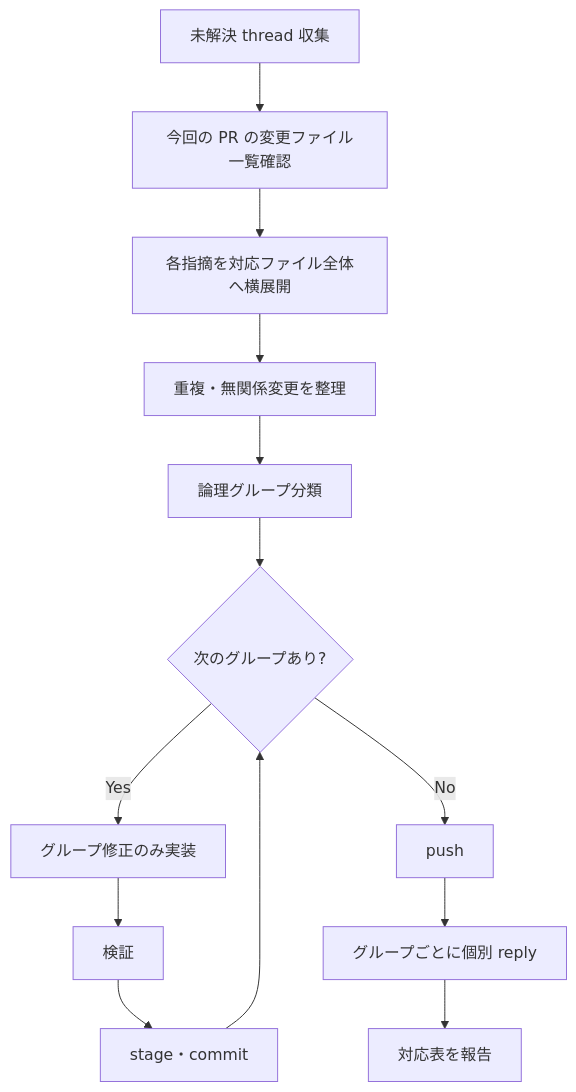
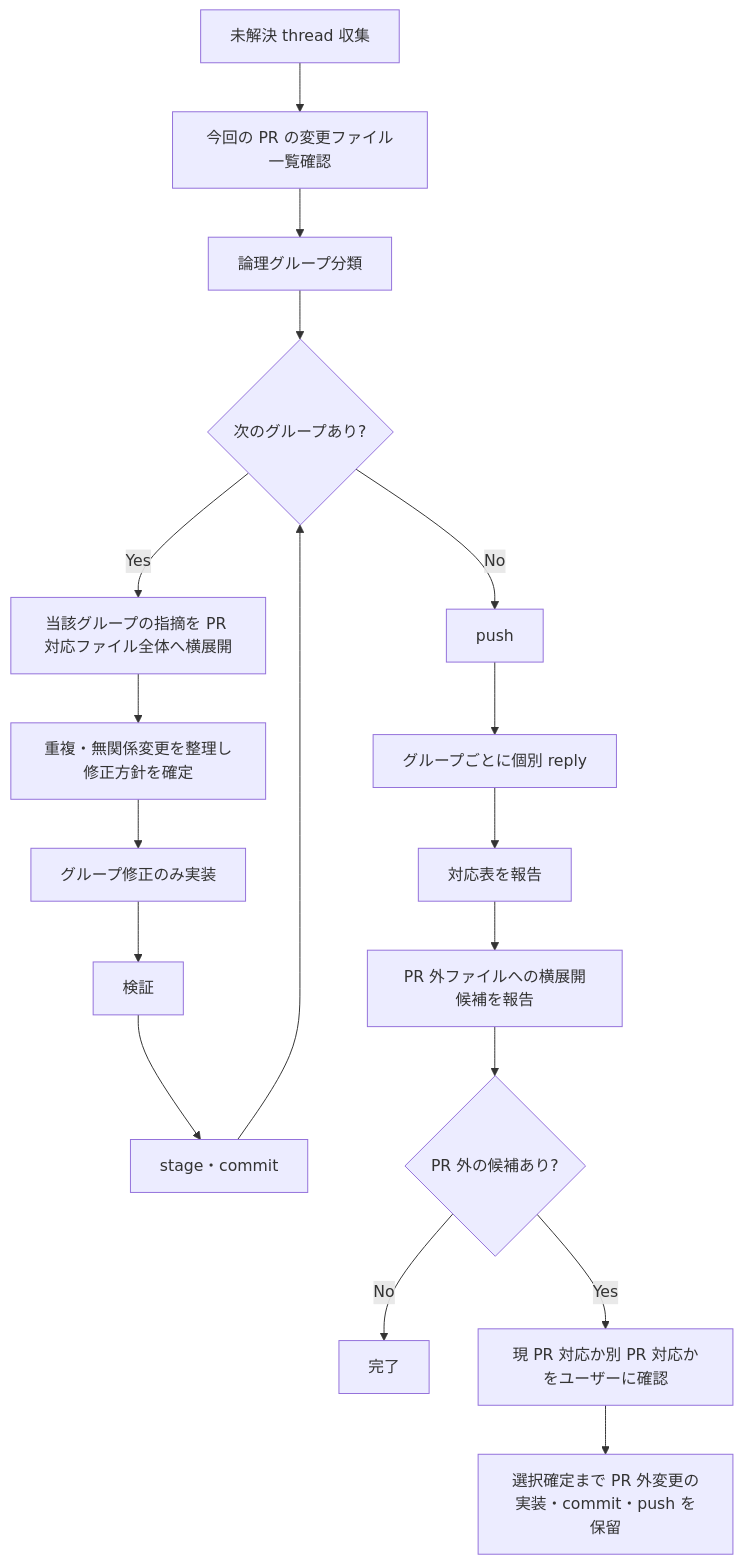
Before and after one commit to melumuccu/ai: the diagram in .agents/skills/#kf-global-commands/kf-g-command-do-pr-rev-comment/references/group-commit-reply-sequence.md, drawn with Mermaid. The commit also changed other lines of this file, not shown here.

Commit message:
chore: review > PR内外の横展開順序を分離
- 概要: PR内横展開とPR外ファイル確認の実行順序を分離

- Why: PR内の自動適用とPR外変更のユーザー判断を混同せず、未承認の変更を防ぐため

````diff
--- a/.agents/skills/#kf-global-commands/kf-g-command-do-pr-rev-comment/references/group-commit-reply-sequence.md
+++ b/.agents/skills/#kf-global-commands/kf-g-command-do-pr-rev-comment/references/group-commit-reply-sequence.md
@@ -5,15 +5,20 @@
 ```mermaid
 flowchart TD
   A[未解決 thread 収集] --> B[今回の PR の変更ファイル一覧確認]
-  B --> C[各指摘を対応ファイル全体へ横展開]
-  C --> D[重複・無関係変更を整理]
-  D --> E[論理グループ分類]
-  E --> F{次のグループあり?}
-  F -->|Yes| G[グループ修正のみ実装]
+  B --> C[論理グループ分類]
+  C --> D{次のグループあり?}
+  D -->|Yes| E[当該グループの指摘を PR 対応ファイル全体へ横展開]
+  E --> F[重複・無関係変更を整理し修正方針を確定]
+  F --> G[グループ修正のみ実装]
   G --> H[検証]
   H --> I[stage・commit]
-  I --> F
-  F -->|No| J[push]
+  I --> D
+  D -->|No| J[push]
   J --> K[グループごとに個別 reply]
   K --> L[対応表を報告]
+  L --> M[PR 外ファイルへの横展開候補を報告]
+  M --> N{PR 外の候補あり?}
+  N -->|No| O[完了]
+  N -->|Yes| P[現 PR 対応か別 PR 対応かをユーザーに確認]
+  P --> Q[選択確定まで PR 外変更の実装・commit・push を保留]
 ```
````
